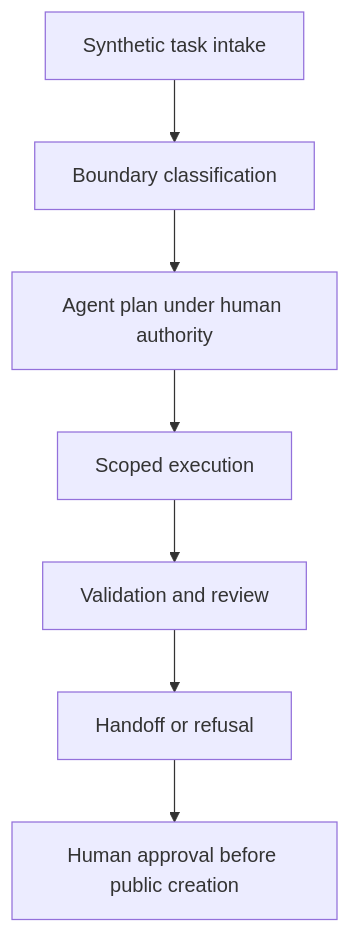
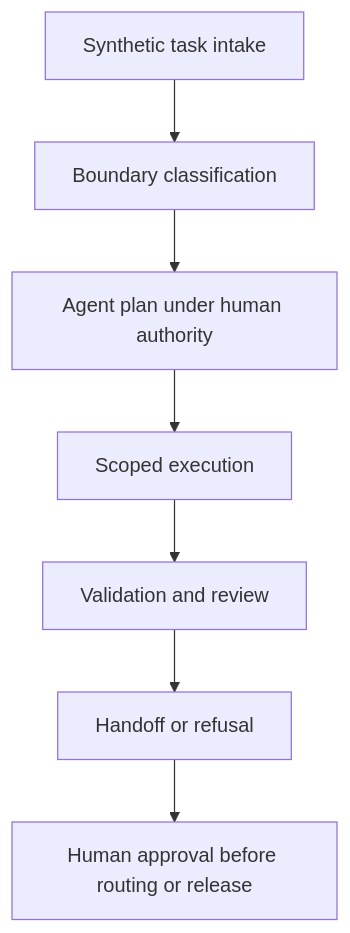
Before and after one commit to Franzabner/agentic-engineering-workforce: the diagram in diagrams/agent-task-review-flow.mmd, drawn with Mermaid. The commit also changed other lines of this file and 9 other files, not shown here.

```diff
--- a/diagrams/agent-task-review-flow.mmd
+++ b/diagrams/agent-task-review-flow.mmd
@@ -1,7 +1,7 @@
 flowchart TD
   Intake["Synthetic task intake"] --> Boundary["Boundary classification"]
   Boundary --> Plan["Agent plan under human authority"]
   Plan --> Execute["Scoped execution"]
   Execute --> Validate["Validation and review"]
   Validate --> Handoff["Handoff or refusal"]
-  Handoff --> Human["Human approval before public creation"]
+  Handoff --> Human["Human approval before routing or release"]
```
